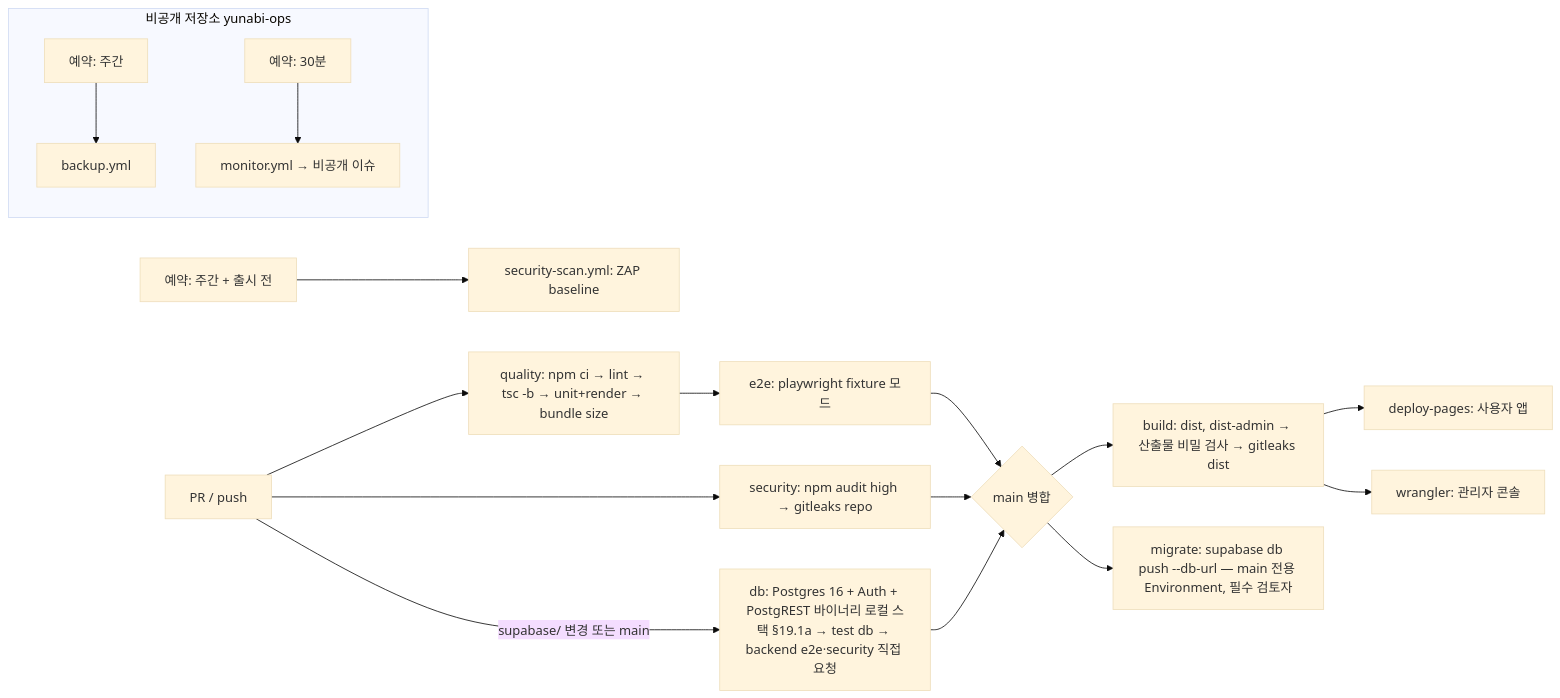
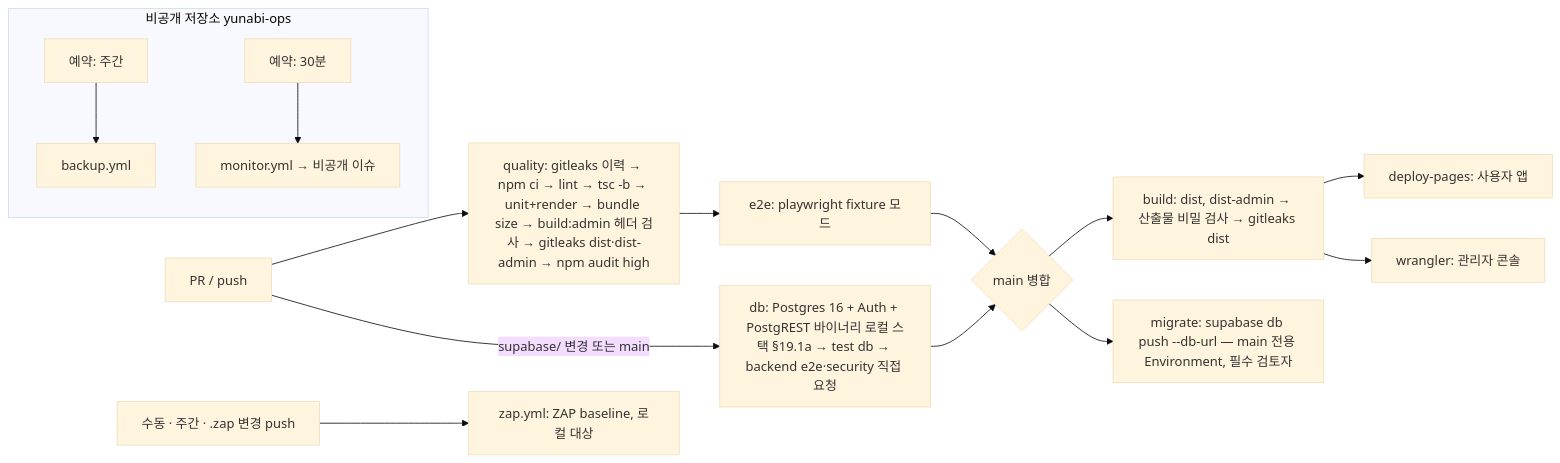
The ninth of 9 diagrams in docs/architecture/rfc/0003-yunabi-v2.md (underthesun7213/yui-board), drawn with Mermaid (base theme) before and after one commit. The commit also changed other lines of this file and 5 other files, not shown here.

First line of the commit message:
Docs: the HTTP suite's real home, the G-ID to test map, gitleaks and ZAP in CI

````diff
--- a/docs/architecture/rfc/0003-yunabi-v2.md
+++ b/docs/architecture/rfc/0003-yunabi-v2.md
@@ -933,17 +933,16 @@
 ```mermaid
 flowchart LR
-  PR[PR / push] --> Q[quality: npm ci → lint → tsc -b → unit+render → bundle size]
-  PR --> SEC[security: npm audit high → gitleaks repo]
+  PR[PR / push] --> Q[quality: gitleaks 이력 → npm ci → lint → tsc -b → unit+render → bundle size → build:admin 헤더 검사 → gitleaks dist·dist-admin → npm audit high]
   Q --> E2E[e2e: playwright fixture 모드]
   PR -->|supabase/ 변경 또는 main| DB[db: Postgres 16 + Auth + PostgREST 바이너리 로컬 스택 §19.1a → test db → backend e2e·security 직접 요청]
-  E2E & DB & SEC --> M{main 병합}
+  E2E & DB --> M{main 병합}
   M --> BUILD[build: dist, dist-admin → 산출물 비밀 검사 → gitleaks dist]
   BUILD --> PAGES[deploy-pages: 사용자 앱]
   BUILD --> CF[wrangler: 관리자 콘솔]
   M --> MIG[migrate: supabase db push --db-url — main 전용 Environment, 필수 검토자]
-  CRON3[예약: 주간 + 출시 전] --> ZAP[security-scan.yml: ZAP baseline]
+  CRON3[수동 · 주간 · .zap 변경 push] --> ZAP[zap.yml: ZAP baseline, 로컬 대상]
   subgraph OPS["비공개 저장소 yunabi-ops"]
     CRON1[예약: 주간] --> BK[backup.yml]
     CRON2[예약: 30분] --> MON[monitor.yml → 비공개 이슈]
   end
 ```
````
